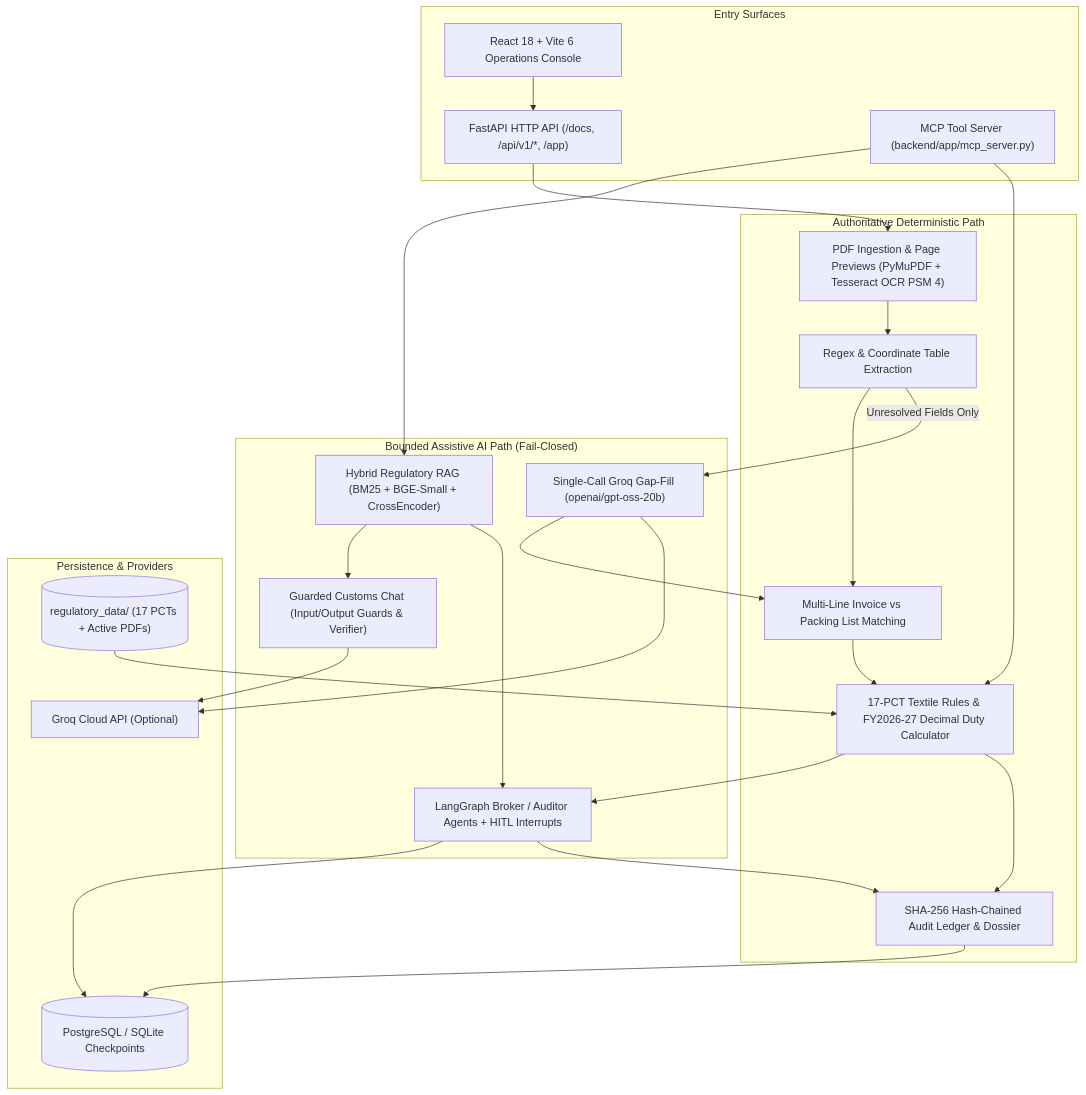
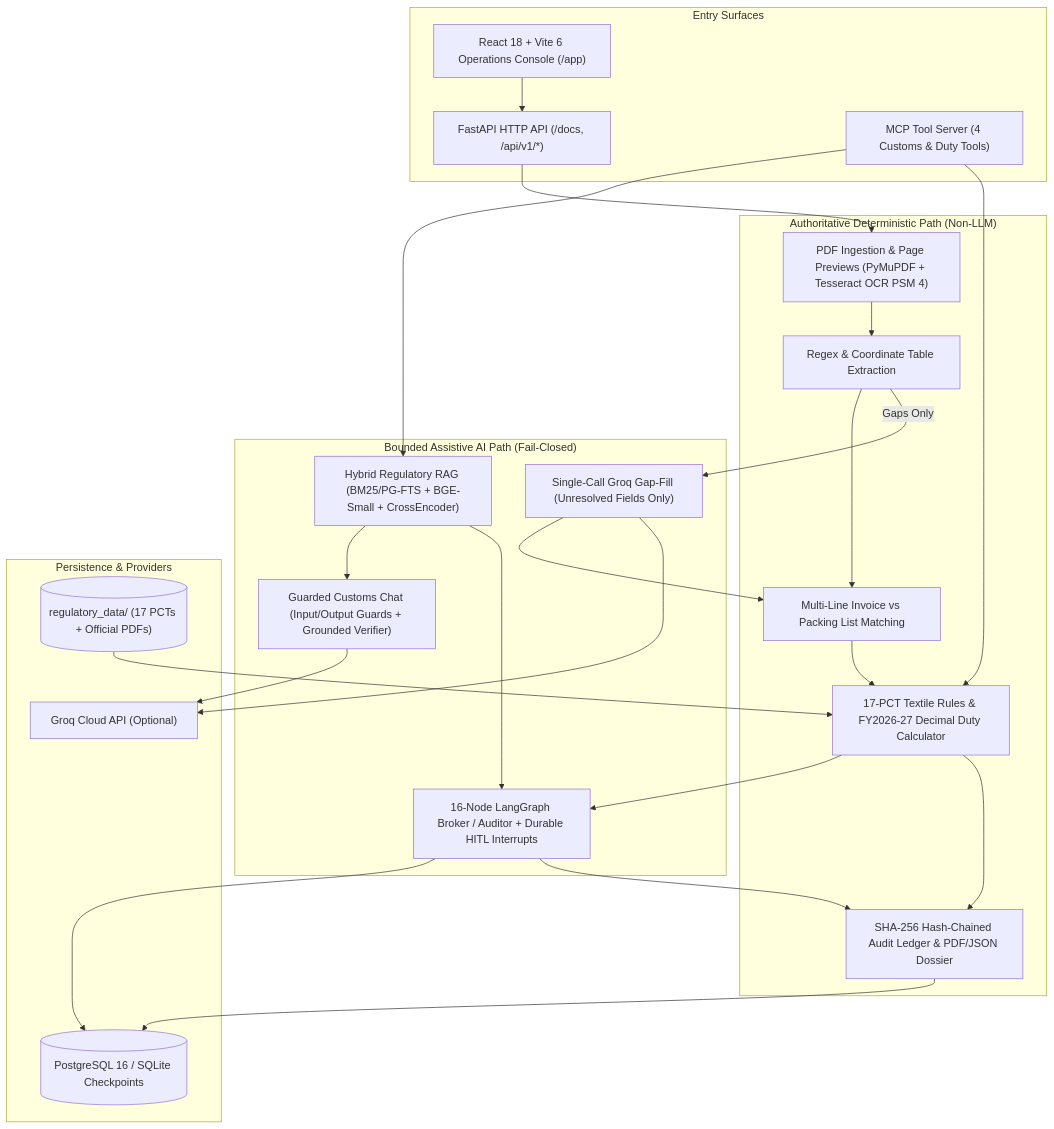
Before and after one commit to SayyedainDev/customs-automation-engine: the diagram in README.md, drawn with Mermaid. The commit also changed other lines of this file and 6 other files, not shown here.

````diff
--- a/README.md
+++ b/README.md
@@ -14,51 +34,51 @@
 ```mermaid
 flowchart TB
     subgraph Surfaces["Entry Surfaces"]
-        UI["React 18 + Vite 6 Operations Console"]
-        API["FastAPI HTTP API (/docs, /api/v1/*, /app)"]
-        MCP["MCP Tool Server (backend/app/mcp_server.py)"]
+        UI["React 18 + Vite 6 Operations Console (/app)"]
+        API["FastAPI HTTP API (/docs, /api/v1/*)"]
+        MCP["MCP Tool Server (4 Customs & Duty Tools)"]
     end
 
-    subgraph Deterministic["Authoritative Deterministic Path"]
+    subgraph Deterministic["Authoritative Deterministic Path (Non-LLM)"]
         ING["PDF Ingestion & Page Previews (PyMuPDF + Tesseract OCR PSM 4)"]
         REGX["Regex & Coordinate Table Extraction"]
         MATCH["Multi-Line Invoice vs Packing List Matching"]
         RULES["17-PCT Textile Rules & FY2026-27 Decimal Duty Calculator"]
-        HASH["SHA-256 Hash-Chained Audit Ledger & Dossier"]
+        HASH["SHA-256 Hash-Chained Audit Ledger & PDF/JSON Dossier"]
     end
 
     subgraph Assistive["Bounded Assistive AI Path (Fail-Closed)"]
-        GAP["Single-Call Groq Gap-Fill (openai/gpt-oss-20b)"]
-        RAG["Hybrid Regulatory RAG (BM25 + BGE-Small + CrossEncoder)"]
-        GRAPH["LangGraph Broker / Auditor Agents + HITL Interrupts"]
-        CHAT["Guarded Customs Chat (Input/Output Guards & Verifier)"]
+        GAP["Single-Call Groq Gap-Fill (Unresolved Fields Only)"]
+        RAG["Hybrid Regulatory RAG (BM25/PG-FTS + BGE-Small + CrossEncoder)"]
+        GRAPH["16-Node LangGraph Broker / Auditor + Durable HITL Interrupts"]
+        CHAT["Guarded Customs Chat (Input/Output Guards + Grounded Verifier)"]
     end
 
     subgraph Data["Persistence & Providers"]
-        PG[("PostgreSQL / SQLite Checkpoints")]
-        RULESJSON[("regulatory_data/ (17 PCTs + Active PDFs)")]
+        PG[("PostgreSQL 16 / SQLite Checkpoints")]
+        RULESJSON[("regulatory_data/ (17 PCTs + Official PDFs)")]
         GROQ["Groq Cloud API (Optional)"]
     end
 
     UI --> API
     API --> ING
     MCP --> RULES
     MCP --> RAG
 
     ING --> REGX
-    REGX -->|Unresolved Fields Only| GAP
+    REGX -->|Gaps Only| GAP
     GAP --> GROQ
     REGX --> MATCH
     GAP --> MATCH
     MATCH --> RULES
     RULESJSON --> RULES
 
     RULES --> HASH
     RULES --> GRAPH
     GRAPH --> HASH
     RAG --> GRAPH
     RAG --> CHAT
     CHAT --> GROQ
     GRAPH --> PG
     HASH --> PG
 ```
````
